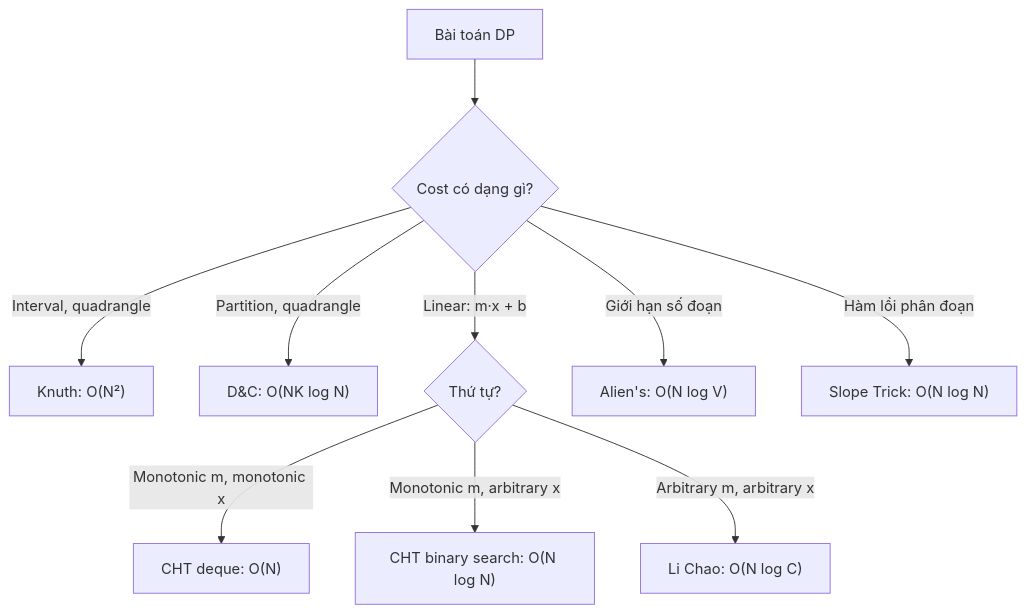
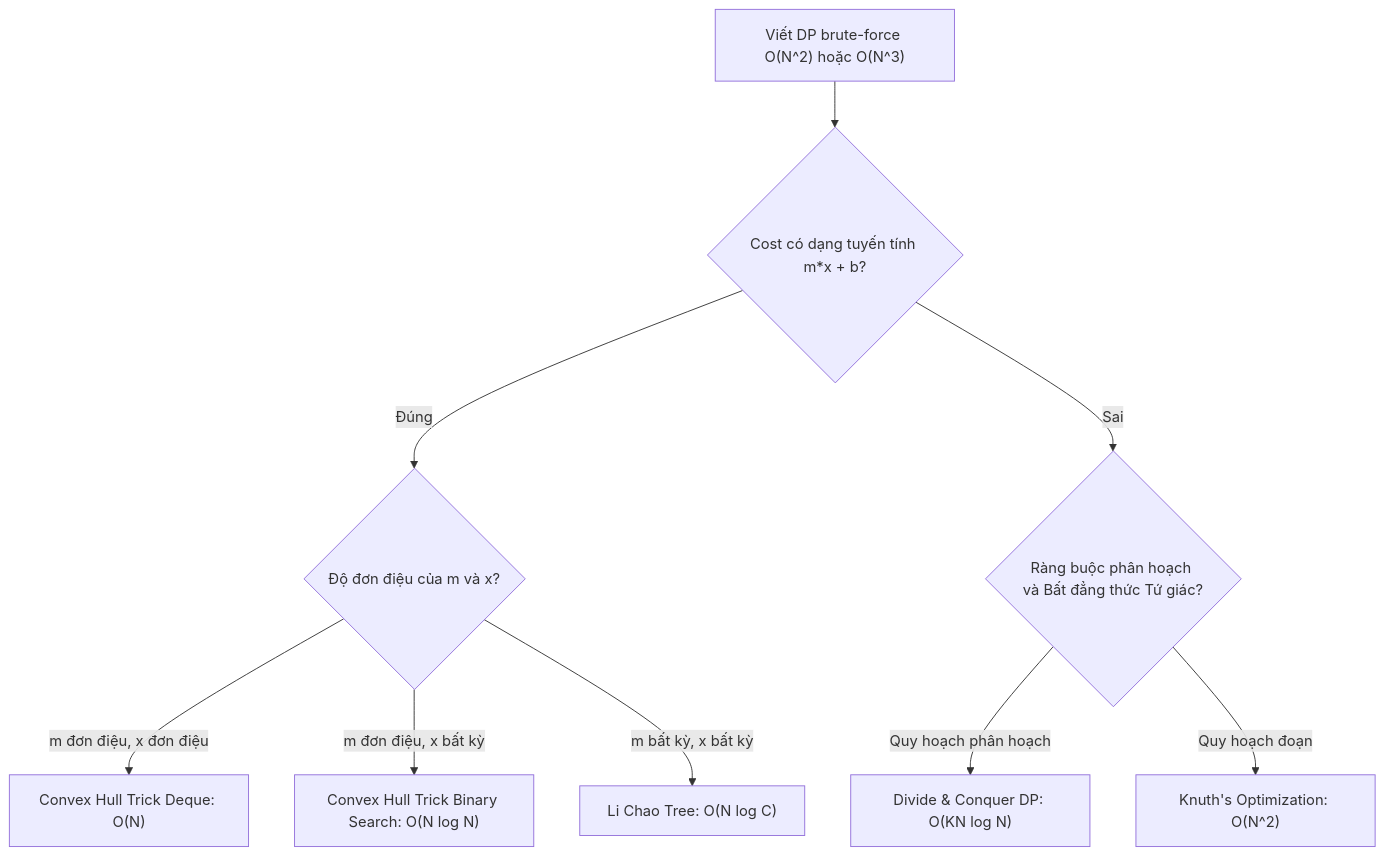
The fifth of 5 diagrams in docs/lessons/dp-optimization.md (FPTOJ-OJ/fptoj_wiki), drawn with Mermaid before and after one commit. The commit also changed other lines of this file and 377 other files, not shown here.

````diff
--- a/docs/lessons/dp-optimization.md
+++ b/docs/lessons/dp-optimization.md
@@ -1043,12 +842,11 @@
 ```mermaid
 graph TD
-    A["Bài toán DP"] --> B{Cost có dạng gì?}
-    B -->|"Interval, quadrangle"| C["Knuth: O(N²)"]
-    B -->|"Partition, quadrangle"| D["D&C: O(NK log N)"]
-    B -->|"Linear: m·x + b"| E{Thứ tự?}
-    E -->|"Monotonic m, monotonic x"| F["CHT deque: O(N)"]
-    E -->|"Monotonic m, arbitrary x"| G["CHT binary search: O(N log N)"]
-    E -->|"Arbitrary m, arbitrary x"| H["Li Chao: O(N log C)"]
-    B -->|"Giới hạn số đoạn"| I["Alien's: O(N log V)"]
-    B -->|"Hàm lồi phân đoạn"| J["Slope Trick: O(N log N)"]
+    A["Viết DP brute-force O(N^2) hoặc O(N^3)"] --> B{"Cost có dạng tuyến tính m*x + b?"}
+    B -->|"Đúng"| C{"Độ đơn điệu của m và x?"}
+    C -->|"m đơn điệu, x đơn điệu"| D["Convex Hull Trick Deque: O(N)"]
+    C -->|"m đơn điệu, x bất kỳ"| E["Convex Hull Trick Binary Search: O(N log N)"]
+    C -->|"m bất kỳ, x bất kỳ"| F["Li Chao Tree: O(N log C)"]
+    B -->|"Sai"| G{"Ràng buộc phân hoạch và Bất đẳng thức Tứ giác?"}
+    G -->|"Quy hoạch phân hoạch"| H["Divide & Conquer DP: O(KN log N)"]
+    G -->|"Quy hoạch đoạn"| I["Knuth's Optimization: O(N^2)"]
 ```
````
